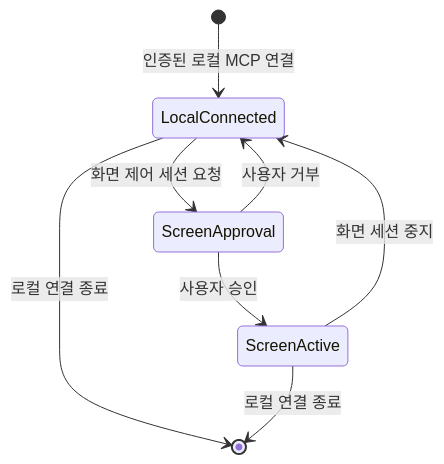
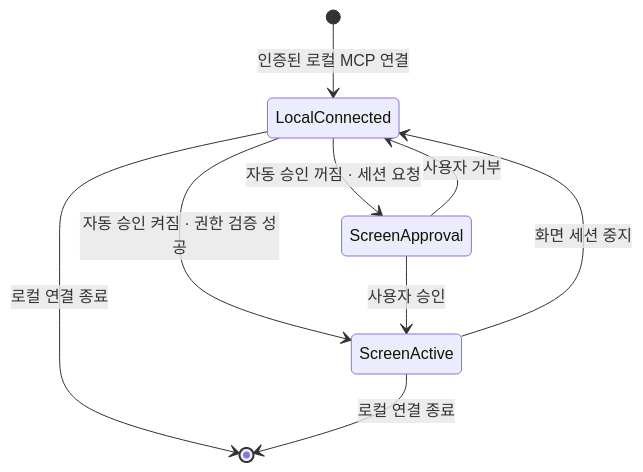
One commit to haandol/storybird changed the diagram in docs/adr/recording/0003-permission-and-signing.md. Above: the diagram before and after it, drawn with Mermaid. The commit also changed other lines of this file and 21 other files, not shown here.

````diff
--- a/docs/adr/recording/0003-permission-and-signing.md
+++ b/docs/adr/recording/0003-permission-and-signing.md
@@ -159,10 +183,11 @@
 ```mermaid
 stateDiagram-v2
     [*] --> LocalConnected: 인증된 로컬 MCP 연결
-    LocalConnected --> ScreenApproval: 화면 제어 세션 요청
+    LocalConnected --> ScreenApproval: 자동 승인 꺼짐 · 세션 요청
+    LocalConnected --> ScreenActive: 자동 승인 켜짐 · 권한 검증 성공
     ScreenApproval --> ScreenActive: 사용자 승인
     ScreenApproval --> LocalConnected: 사용자 거부
     ScreenActive --> LocalConnected: 화면 세션 중지
     LocalConnected --> [*]: 로컬 연결 종료
     ScreenActive --> [*]: 로컬 연결 종료
 ```
````
